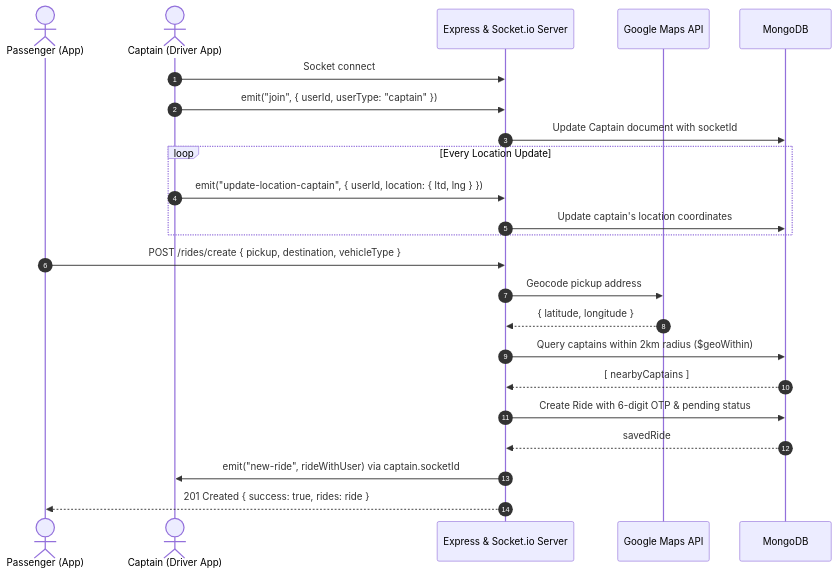
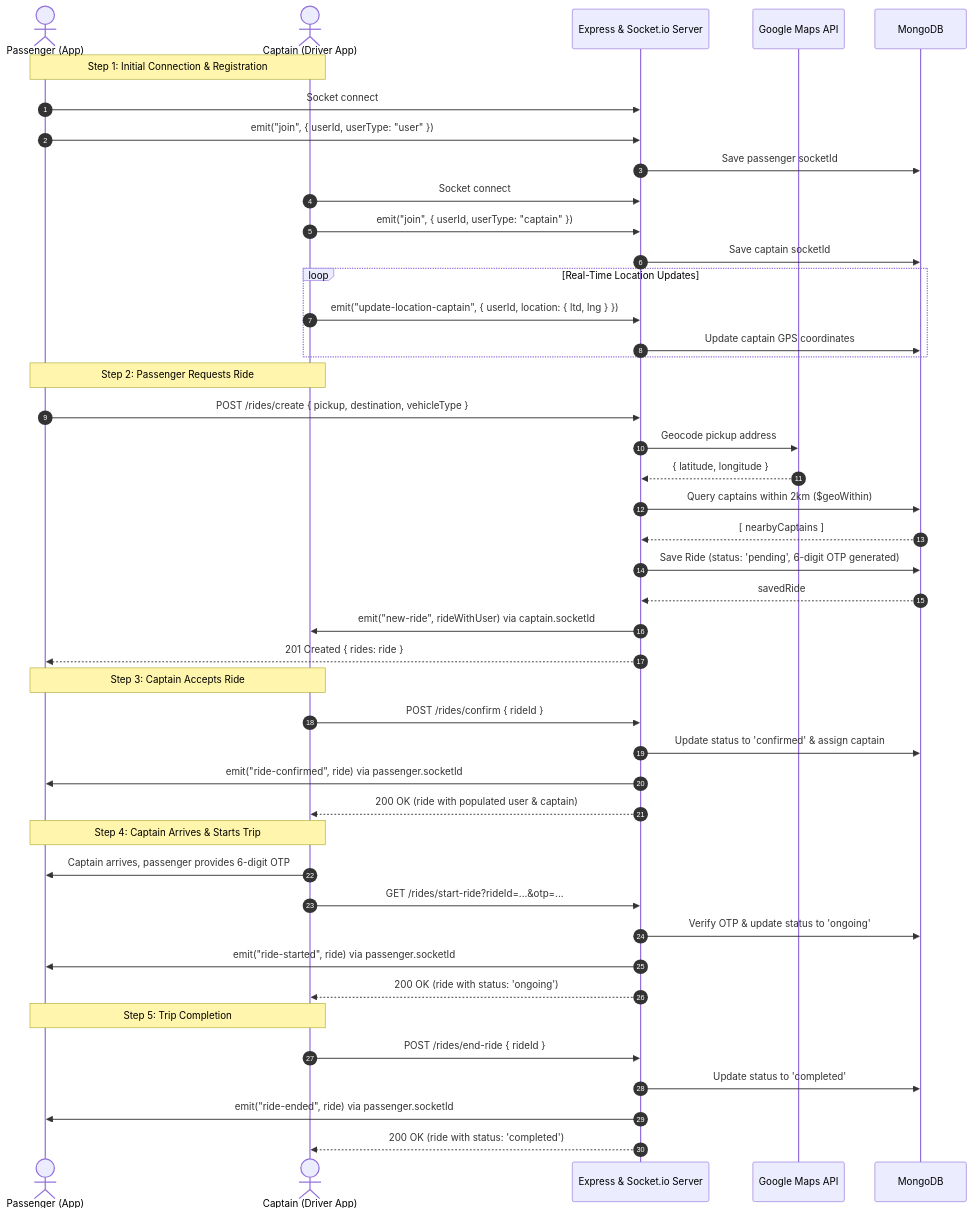
Before and after one commit to xoloAyush/uber: the diagram in backend/README.md, drawn with Mermaid. The commit also changed other lines of this file and 24 other files, not shown here.

Commit message:
feat: implement full ride lifecycle with real-time tracking

````diff
--- a/backend/README.md
+++ b/backend/README.md
@@ -741,28 +941,52 @@
 ```mermaid
 sequenceDiagram
     autonumber
     actor Passenger as Passenger (App)
     actor Captain as Captain (Driver App)
     participant Server as Express & Socket.io Server
     participant Maps as Google Maps API
     participant DB as MongoDB
 
+    Note over Passenger, Captain: Step 1: Initial Connection & Registration
+    Passenger->>Server: Socket connect
+    Passenger->>Server: emit("join", { userId, userType: "user" })
+    Server->>DB: Save passenger socketId
     Captain->>Server: Socket connect
     Captain->>Server: emit("join", { userId, userType: "captain" })
-    Server->>DB: Update Captain document with socketId
+    Server->>DB: Save captain socketId
 
-    loop Every Location Update
+    loop Real-Time Location Updates
         Captain->>Server: emit("update-location-captain", { userId, location: { ltd, lng } })
-        Server->>DB: Update captain's location coordinates
+        Server->>DB: Update captain GPS coordinates
     end
 
+    Note over Passenger, Captain: Step 2: Passenger Requests Ride
     Passenger->>Server: POST /rides/create { pickup, destination, vehicleType }
     Server->>Maps: Geocode pickup address
     Maps-->>Server: { latitude, longitude }
-    Server->>DB: Query captains within 2km radius ($geoWithin)
+    Server->>DB: Query captains within 2km ($geoWithin)
     DB-->>Server: [ nearbyCaptains ]
-    Server->>DB: Create Ride with 6-digit OTP & pending status
+    Server->>DB: Save Ride (status: 'pending', 6-digit OTP generated)
     DB-->>Server: savedRide
     Server->>Captain: emit("new-ride", rideWithUser) via captain.socketId
-    Server-->>Passenger: 201 Created { success: true, rides: ride }
+    Server-->>Passenger: 201 Created { rides: ride }
+
+    Note over Passenger, Captain: Step 3: Captain Accepts Ride
+    Captain->>Server: POST /rides/confirm { rideId }
+    Server->>DB: Update status to 'confirmed' & assign captain
+    Server->>Passenger: emit("ride-confirmed", ride) via passenger.socketId
+    Server-->>Captain: 200 OK (ride with populated user & captain)
+
+    Note over Passenger, Captain: Step 4: Captain Arrives & Starts Trip
+    Captain->>Passenger: Captain arrives, passenger provides 6-digit OTP
+    Captain->>Server: GET /rides/start-ride?rideId=...&otp=...
+    Server->>DB: Verify OTP & update status to 'ongoing'
+    Server->>Passenger: emit("ride-started", ride) via passenger.socketId
+    Server-->>Captain: 200 OK (ride with status: 'ongoing')
+
+    Note over Passenger, Captain: Step 5: Trip Completion
+    Captain->>Server: POST /rides/end-ride { rideId }
+    Server->>DB: Update status to 'completed'
+    Server->>Passenger: emit("ride-ended", ride) via passenger.socketId
+    Server-->>Captain: 200 OK (ride with status: 'completed')
 ```
````
